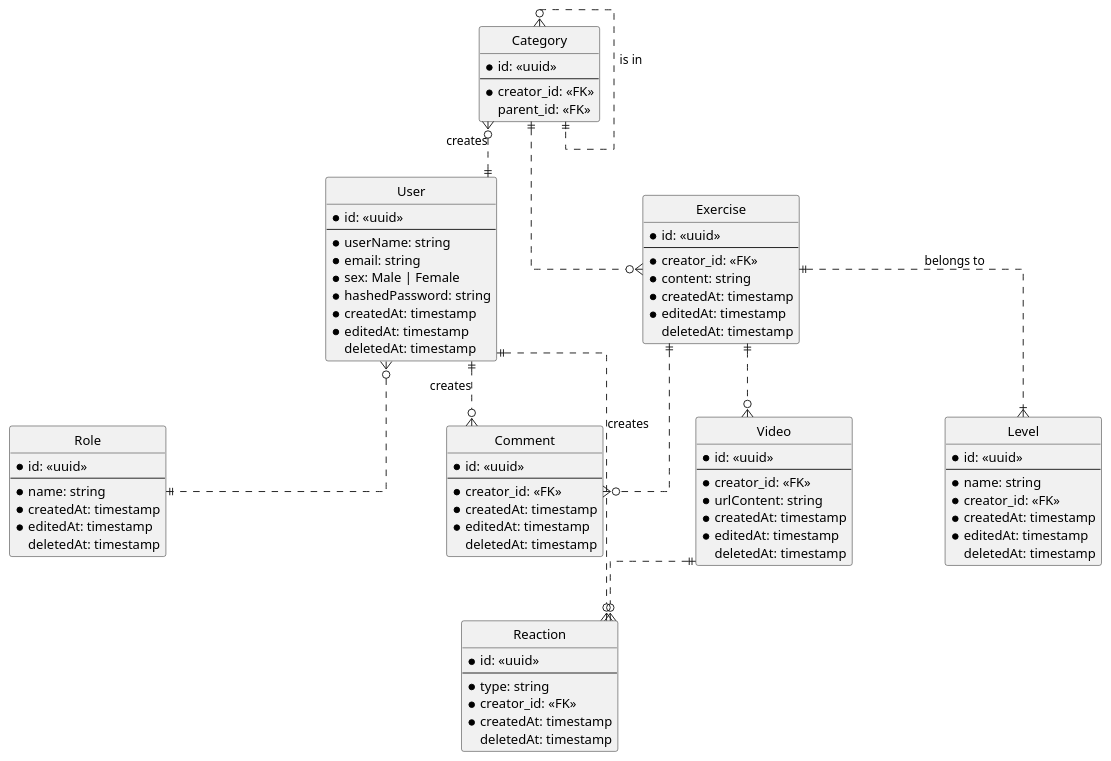
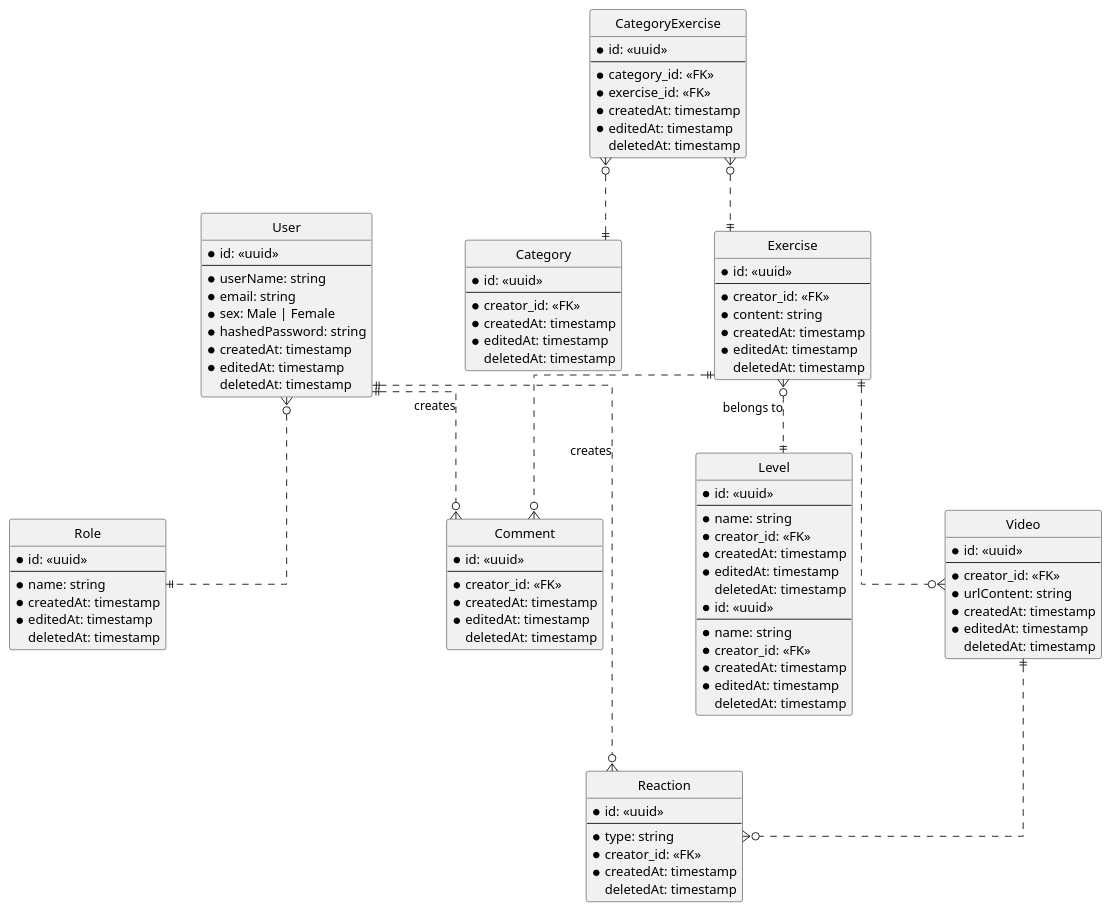
The diagram in erd.puml (MichaelaLodnanova/Exercisea), drawn with PlantUML before and after one commit.

Commit message:
fix: exercise m:n category and exercise n:1 level

```diff
--- a/erd.puml
+++ b/erd.puml
@@ -1,100 +1,122 @@
 @startuml social_network
 
 hide circle
 skinparam Linetype ortho
 skinparam Ranksep 60
 skinparam Nodesep 100
 
 entity Role {
     * id: <<uuid>>
     ---
     * name: string
     * createdAt: timestamp
     * editedAt: timestamp
     deletedAt: timestamp
 }
 
 entity User {
     * id: <<uuid>>
     ---
     * userName: string
     * email: string
     * sex: Male | Female 
     * hashedPassword: string
     * createdAt: timestamp
     * editedAt: timestamp
     deletedAt: timestamp
 }
 
 User }o..|| Role
 
 
+entity Level {
+    * id: <<uuid>>
+    ---
+    * name: string
+    * creator_id: <<FK>>
+    * createdAt: timestamp
+    * editedAt: timestamp
+    deletedAt: timestamp
+}
+
 entity Category {
     * id: <<uuid>>
     ---
     * creator_id: <<FK>>
-    parent_id: <<FK>>
+    * createdAt: timestamp
+    * editedAt: timestamp
+    deletedAt: timestamp
 }
 
-Category }o..|| User: creates
-Category }o..|| Category: is in
+entity CategoryExercise {
+    * id: <<uuid>>
+    ---
+    * category_id: <<FK>>
+    * exercise_id: <<FK>>
+    * createdAt: timestamp
+    * editedAt: timestamp
+    deletedAt: timestamp
+}
+
 
 entity Exercise {
     * id: <<uuid>>
     ---
     * creator_id: <<FK>>
     * content: string
     * createdAt: timestamp
     * editedAt: timestamp
     deletedAt: timestamp
 }
+
+CategoryExercise }o..|| Category
+CategoryExercise }o..|| Exercise
 
 
 
 entity Video {
     * id: <<uuid>>
     ---
     * creator_id: <<FK>>
     * urlContent: string
     * createdAt: timestamp
     * editedAt: timestamp
     deletedAt: timestamp
 }
 
 entity Reaction {
     * id: <<uuid>>
     ---
     * type: string
     * creator_id: <<FK>>
     * createdAt: timestamp
     deletedAt: timestamp
 }
 
 
 entity Comment {
     * id: <<uuid>>
     ---
     * creator_id: <<FK>>
     * createdAt: timestamp
     * editedAt: timestamp
     deletedAt: timestamp
 }
 
 entity Level {
     * id: <<uuid>>
     ---
     * name: string
     * creator_id: <<FK>>
     * createdAt: timestamp
     * editedAt: timestamp
     deletedAt: timestamp
 }
 
-Category ||..o{ Exercise
 Exercise ||..o{ Video
 Exercise ||..o{ Comment
-Exercise ||..|{ Level: belongs to
+Exercise }o..|| Level: belongs to
 Video ||..o{ Reaction
 User ||..o{ Comment: creates
 User ||..o{ Reaction: creates
 @enduml
```
